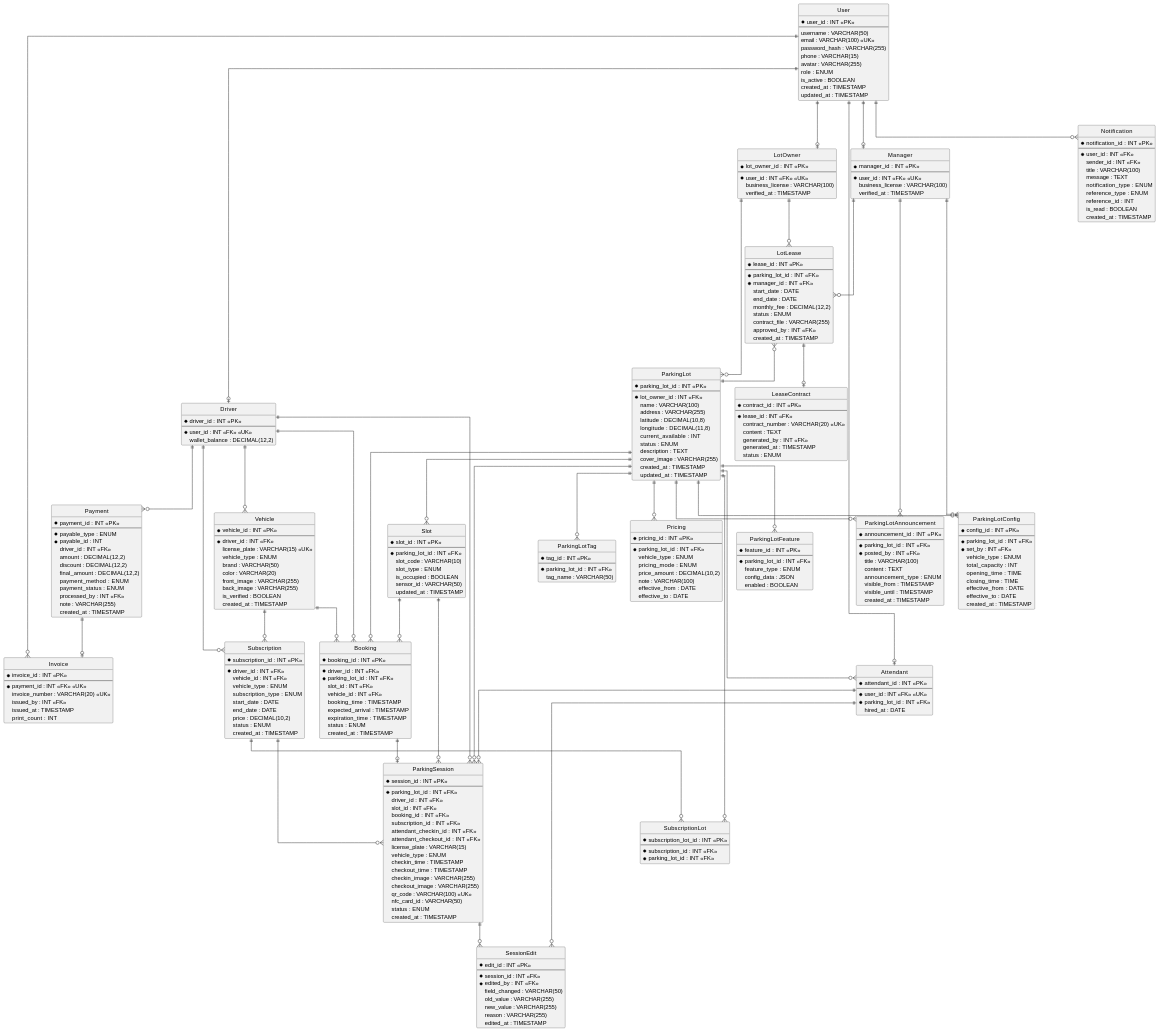
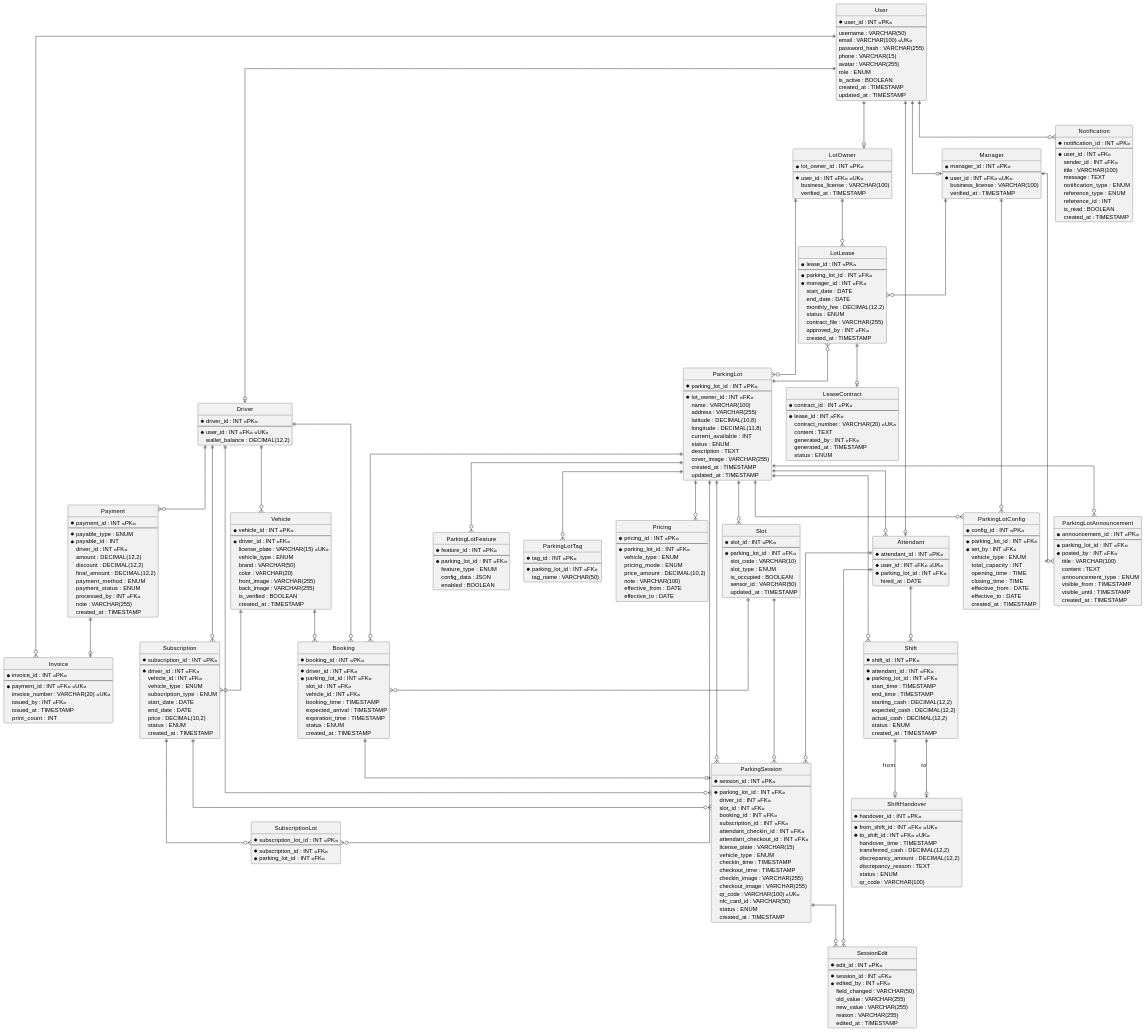
The diagram in project-docs/erd.md (ndkhoa1000/thesis), drawn with PlantUML before and after one commit. The commit also changed other lines of this file and 3 other files, not shown here.

Commit message:
feat: enhance architecture documentation with offline resilience and shift handover strategies

````diff
--- a/project-docs/erd.md
+++ b/project-docs/erd.md
@@ -555,6 +582,34 @@
   status : ENUM
 }
 
+' === SHIFT MANAGEMENT ===
+entity "Shift" as shift {
+  * shift_id : INT <<PK>>
+  --
+  * attendant_id : INT <<FK>>
+  * parking_lot_id : INT <<FK>>
+  start_time : TIMESTAMP
+  end_time : TIMESTAMP
+  starting_cash : DECIMAL(12,2)
+  expected_cash : DECIMAL(12,2)
+  actual_cash : DECIMAL(12,2)
+  status : ENUM
+  created_at : TIMESTAMP
+}
+
+entity "ShiftHandover" as handover {
+  * handover_id : INT <<PK>>
+  --
+  * from_shift_id : INT <<FK>> <<UK>>
+  * to_shift_id : INT <<FK>> <<UK>>
+  handover_time : TIMESTAMP
+  transferred_cash : DECIMAL(12,2)
+  discrepancy_amount : DECIMAL(12,2)
+  discrepancy_reason : TEXT
+  status : ENUM
+  qr_code : VARCHAR(100)
+}
+
 ' === NOTIFICATION ===
 entity "ParkingLotAnnouncement" as announce {
   * announcement_id : INT <<PK>>
@@ -636,5 +691,10 @@
 user ||--o{ notif
 user ||--o{ invoice
 
+attendant ||--o{ shift
+lot ||--o{ shift
+shift ||--o| handover : from
+shift ||--o| handover : to
+
 @enduml
 ```
````
